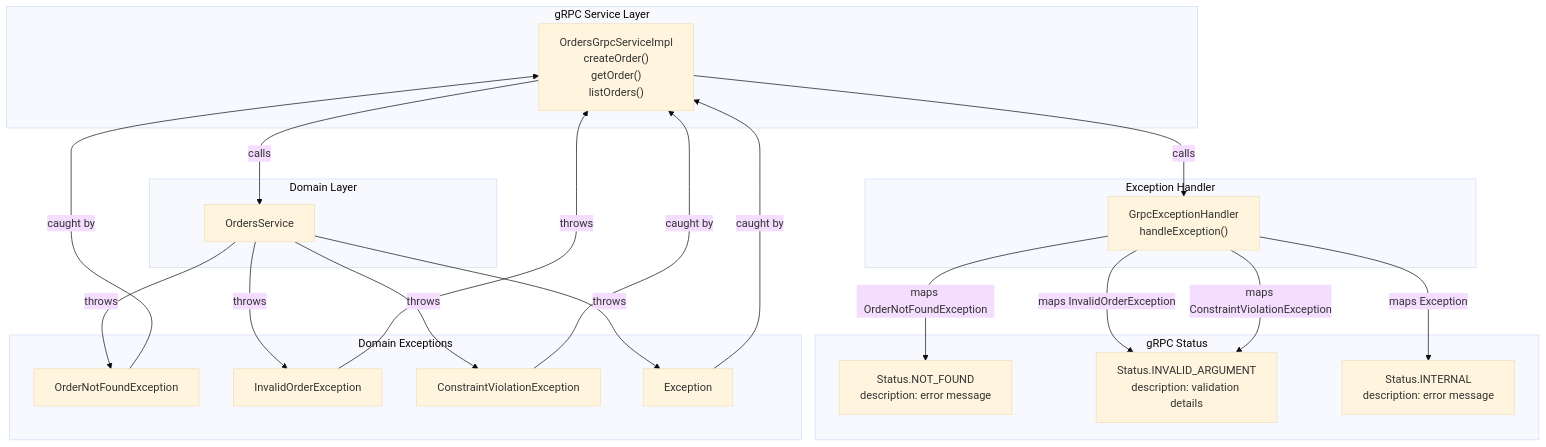
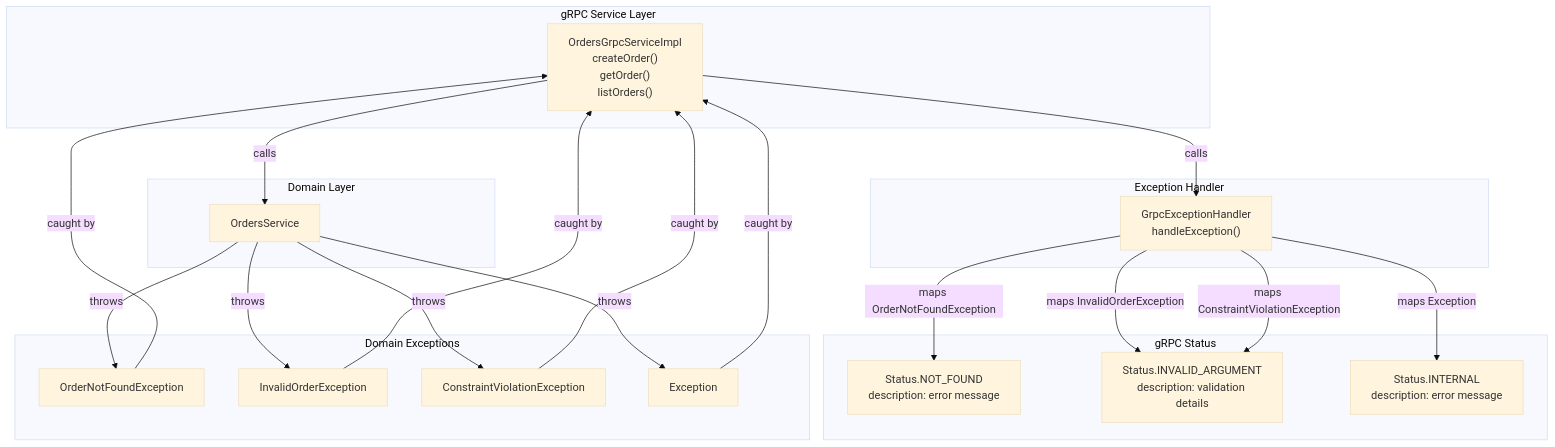
One commit to philipz/spring-modular-monolith changed the third of 4 diagrams in docs/deepwiki/Exception-Handling-and-Error-Responses.md. Above: the diagram before and after it, drawn with Mermaid (base theme). The commit also changed other lines of this file and 32 other files, not shown here.

````diff
--- a/docs/deepwiki/Exception-Handling-and-Error-Responses.md
+++ b/docs/deepwiki/Exception-Handling-and-Error-Responses.md
@@ -231,54 +225,54 @@
 ```mermaid
 flowchart TD
 
 GrpcService["OrdersGrpcServiceImpl<br>createOrder()<br>getOrder()<br>listOrders()"]
 OrderService["OrdersService"]
 GrpcEH["GrpcExceptionHandler<br>handleException()"]
 OrderNotFound["OrderNotFoundException"]
 InvalidOrder["InvalidOrderException"]
 ConstraintViolation["ConstraintViolationException"]
 GenericEx["Exception"]
 StatusNotFound["Status.NOT_FOUND<br>description: error message"]
 StatusInvalid["Status.INVALID_ARGUMENT<br>description: validation details"]
 StatusInternal["Status.INTERNAL<br>description: error message"]
 
 GrpcService -->|"calls"| OrderService
 OrderService -->|"throws"| OrderNotFound
 OrderService -->|"throws"| InvalidOrder
 OrderService -->|"throws"| ConstraintViolation
 OrderService -->|"throws"| GenericEx
 OrderNotFound -->|"caught by"| GrpcService
-InvalidOrder -->|"throws"| GrpcService
+InvalidOrder -->|"caught by"| GrpcService
 ConstraintViolation -->|"caught by"| GrpcService
 GenericEx -->|"caught by"| GrpcService
 GrpcService -->|"calls"| GrpcEH
 GrpcEH -->|"maps OrderNotFoundException"| StatusNotFound
 GrpcEH -->|"maps InvalidOrderException"| StatusInvalid
 GrpcEH -->|"maps ConstraintViolationException"| StatusInvalid
 GrpcEH -->|"maps Exception"| StatusInternal
 
 subgraph subGraph4 ["gRPC Status"]
     StatusNotFound
     StatusInvalid
     StatusInternal
 end
 
 subgraph subGraph3 ["Domain Exceptions"]
     OrderNotFound
     InvalidOrder
     ConstraintViolation
     GenericEx
 end
 
 subgraph subGraph2 ["Exception Handler"]
     GrpcEH
 end
 
 subgraph subGraph1 ["Domain Layer"]
     OrderService
 end
 
 subgraph subGraph0 ["gRPC Service Layer"]
     GrpcService
 end
 ```
````
